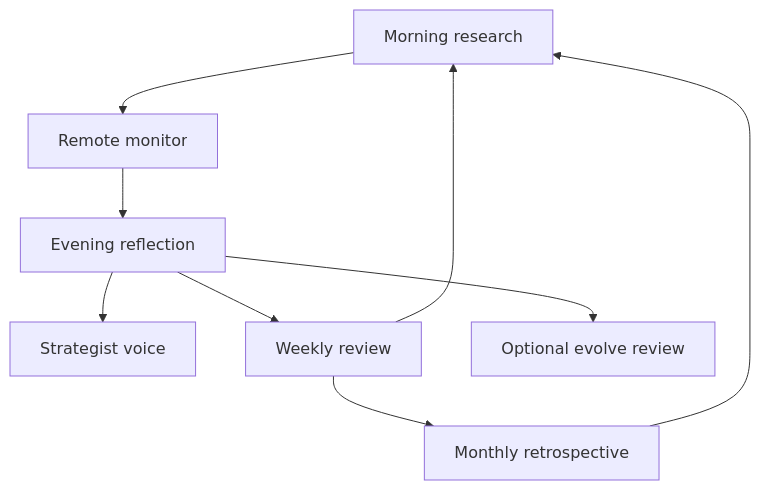
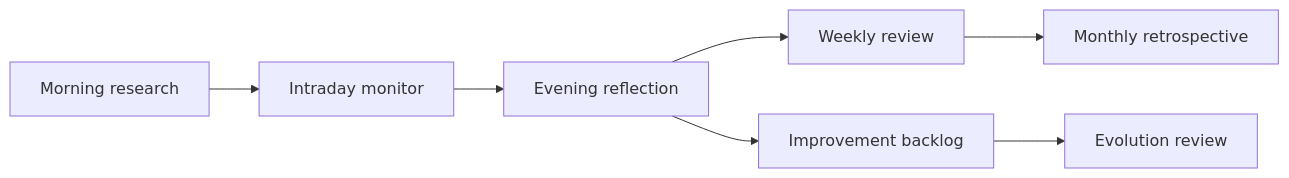
Before and after one commit to Aashay-chaudhari/trader: the diagram in docs/PROMPT_FLOW.md, drawn with Mermaid. The commit also changed other lines of this file and 22 other files, not shown here.

Commit message:
Document Codex-only monitoring architecture

````diff
--- a/docs/PROMPT_FLOW.md
+++ b/docs/PROMPT_FLOW.md
@@ -7,11 +5,9 @@
 ```mermaid
-flowchart TD
-    A[Morning research] --> B[Remote monitor]
-    B --> C[Evening reflection]
-    C --> D[Strategist voice]
-    C --> E[Weekly review]
-    E --> F[Monthly retrospective]
-    C --> G[Optional evolve review]
-    E --> A
-    F --> A
+flowchart LR
+    M[Morning research] --> Monitor[Intraday monitor]
+    Monitor --> E[Evening reflection]
+    E --> W[Weekly review]
+    W --> Month[Monthly retrospective]
+    E --> Backlog[Improvement backlog]
+    Backlog --> Evo[Evolution review]
 ```
````
